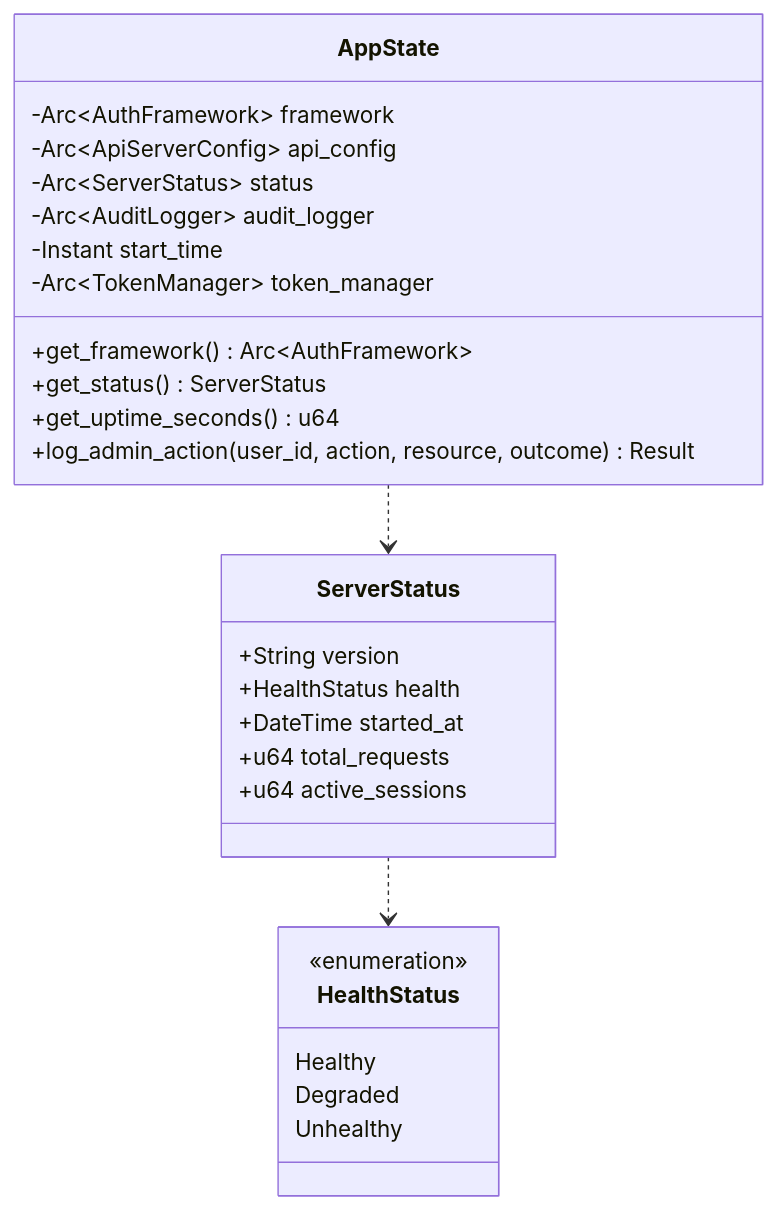
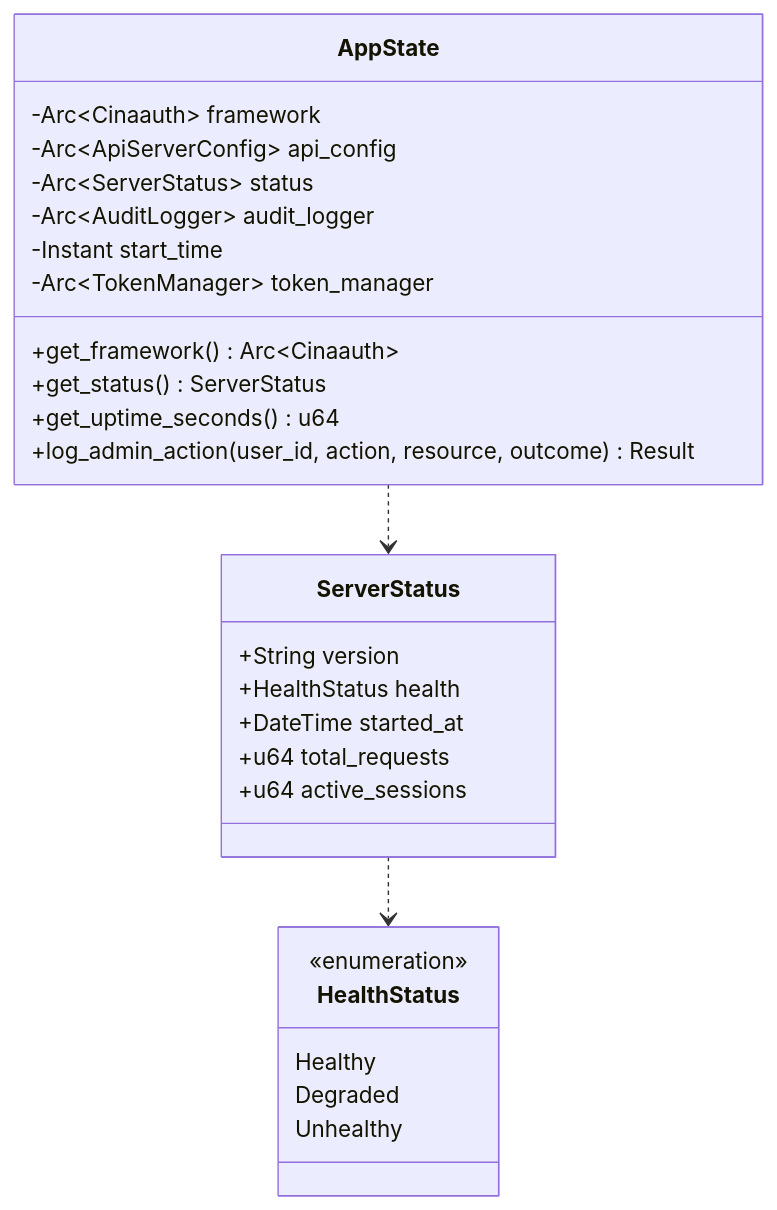
Before and after one commit to cinagroup/cinaauth: the diagram in docs/mermaid/21-admin.md, drawn with Mermaid. The commit also changed 331 other files, not shown here.

First line of the commit message:
rebrand: rename auth-framework to cinaauth

````diff
--- a/docs/mermaid/21-admin.md
+++ b/docs/mermaid/21-admin.md
@@ -6,30 +6,30 @@
 ```mermaid
 classDiagram
     class AppState {
-        -Arc~AuthFramework~ framework
+        -Arc~Cinaauth~ framework
         -Arc~ApiServerConfig~ api_config
         -Arc~ServerStatus~ status
         -Arc~AuditLogger~ audit_logger
         -Instant start_time
         -Arc~TokenManager~ token_manager
-        +get_framework() Arc~AuthFramework~
+        +get_framework() Arc~Cinaauth~
         +get_status() ServerStatus
         +get_uptime_seconds() u64
         +log_admin_action(user_id, action, resource, outcome) Result
     }
     class ServerStatus {
         +String version
         +HealthStatus health
         +DateTime started_at
         +u64 total_requests
         +u64 active_sessions
     }
     class HealthStatus {
         <<enumeration>>
         Healthy
         Degraded
         Unhealthy
     }
     AppState ..> ServerStatus
     ServerStatus ..> HealthStatus
 ```
````
